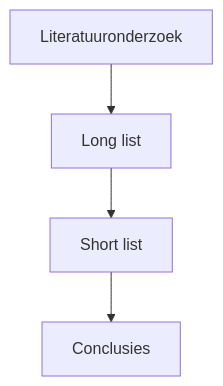
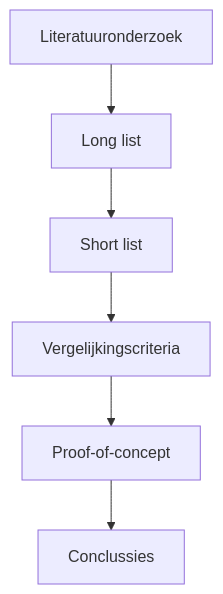
One commit to Loeka1234/latex-hogent-bachproef changed the diagram in voorstel/methodologie.md. Above: the diagram before and after it, drawn with Mermaid. The commit also changed 5 other files, not shown here.

````diff
--- a/voorstel/methodologie.md
+++ b/voorstel/methodologie.md
@@ -1,6 +1,8 @@
 ```mermaid
 graph TD;
     A[Literatuuronderzoek] --> B[Long list]
     B --> C[Short list]
-    C --> D[Conclusies] 
+    C --> D[Vergelijkingscriteria]
+    D --> E[Proof-of-concept]
+    E --> F[Conclussies]
 ```
````
